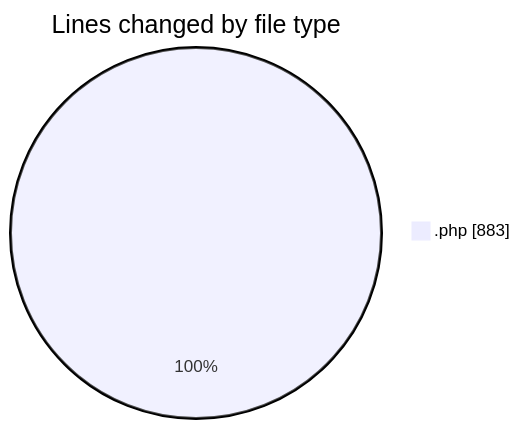
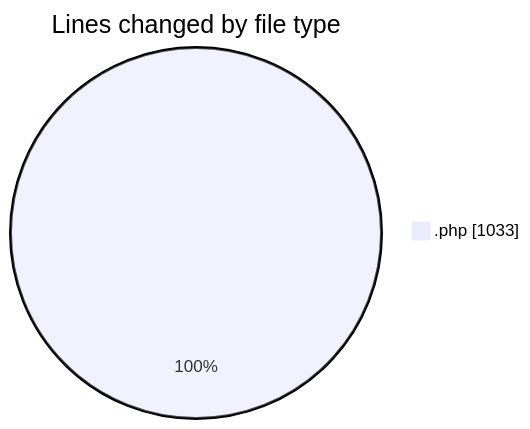
One commit to idhammustaqopulfikri/code-tracking changed the first of 2 diagrams in 2025-11-11/futsal/README.md. Above: the diagram before and after it, drawn with Mermaid. The commit also changed other lines of this file and 1 other file, not shown here.

````diff
--- a/2025-11-11/futsal/README.md
+++ b/2025-11-11/futsal/README.md
@@ -29,5 +34,5 @@
 ```mermaid
 pie showData
 title Lines changed by file type
-".php" : 883
+".php" : 1033
 ```
````
